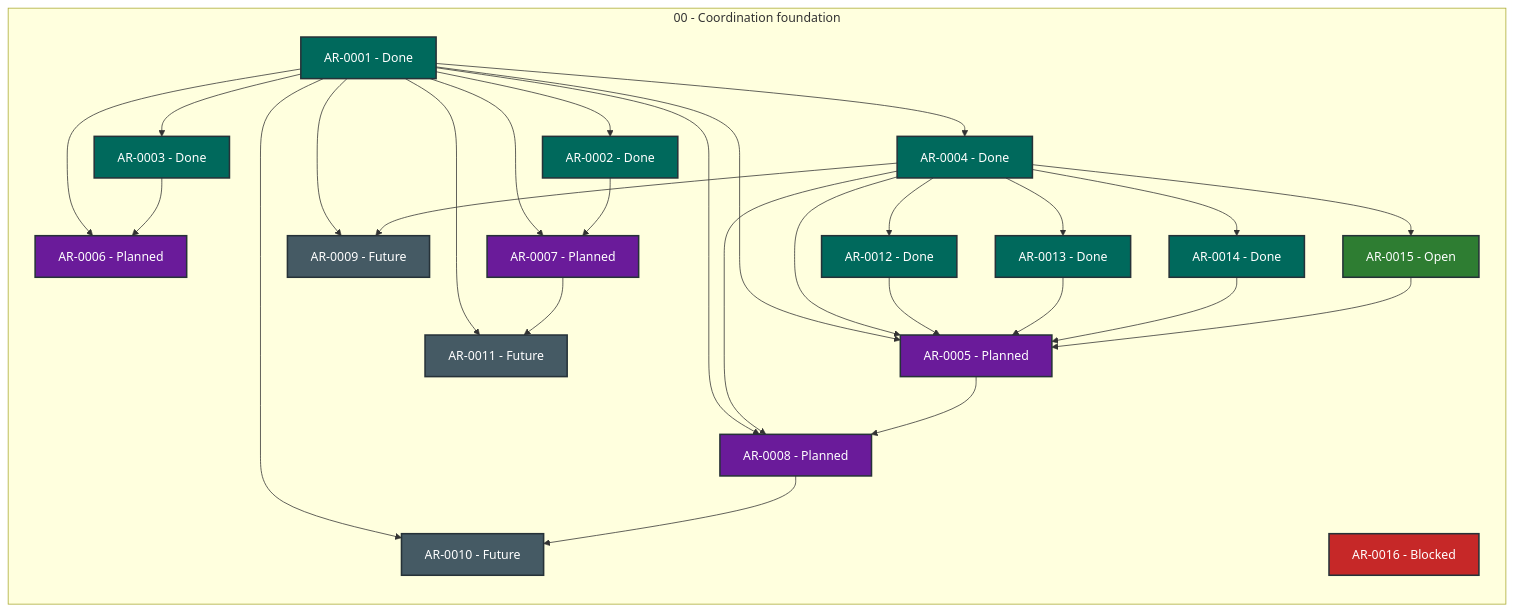
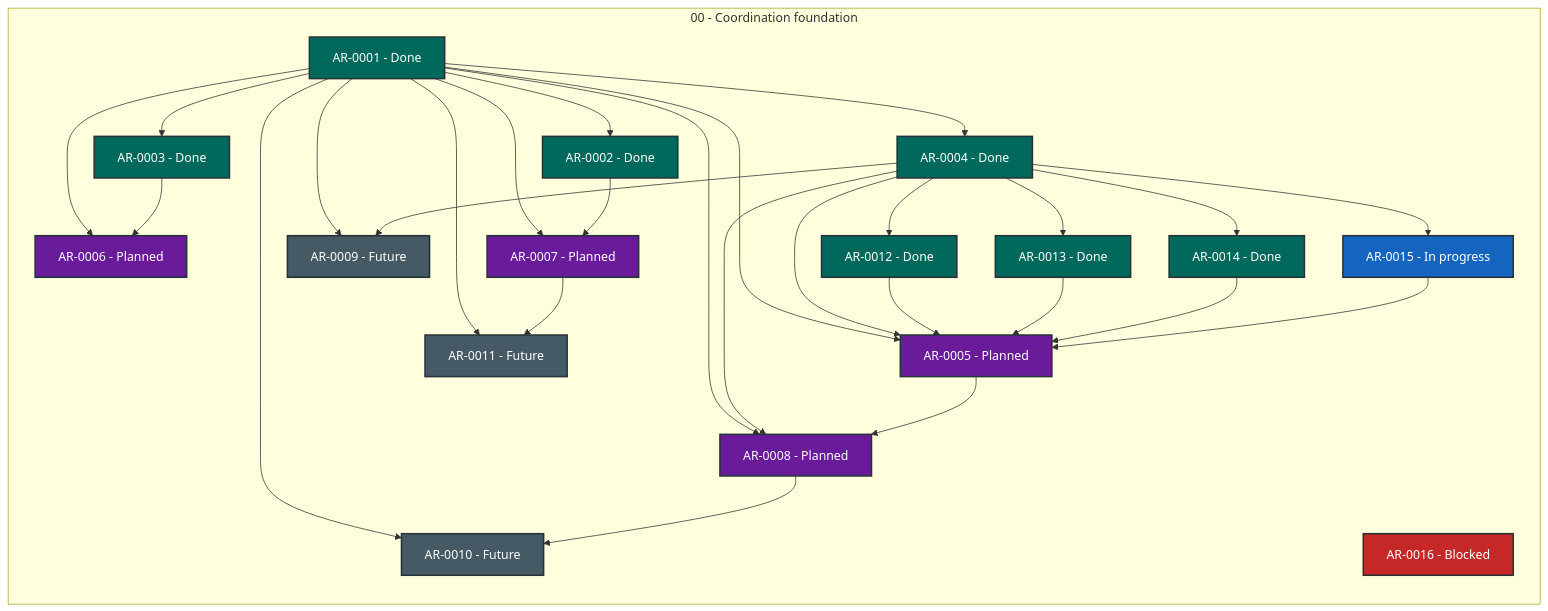
Before and after one commit to martin-beck/agent-workflow-quality-state: the diagram in STATUS.md, drawn with Mermaid. The commit also changed other lines of this file and 2 other files, not shown here.

````diff
--- a/STATUS.md
+++ b/STATUS.md
@@ -27,56 +27,56 @@
 ```mermaid
 flowchart LR
     subgraph series_00["00 - Coordination foundation"]
         direction TB
         AR_0001["AR-0001 - Done"]:::status_done
         AR_0002["AR-0002 - Done"]:::status_done
         AR_0003["AR-0003 - Done"]:::status_done
         AR_0004["AR-0004 - Done"]:::status_done
         AR_0005["AR-0005 - Planned"]:::status_planned
         AR_0006["AR-0006 - Planned"]:::status_planned
         AR_0007["AR-0007 - Planned"]:::status_planned
         AR_0008["AR-0008 - Planned"]:::status_planned
         AR_0009["AR-0009 - Future"]:::status_future
         AR_0010["AR-0010 - Future"]:::status_future
         AR_0011["AR-0011 - Future"]:::status_future
         AR_0012["AR-0012 - Done"]:::status_done
         AR_0013["AR-0013 - Done"]:::status_done
         AR_0014["AR-0014 - Done"]:::status_done
-        AR_0015["AR-0015 - Open"]:::status_open
+        AR_0015["AR-0015 - In progress"]:::status_in_progress
         AR_0016["AR-0016 - Blocked"]:::status_blocked
     end
     AR_0001 --> AR_0002
     AR_0001 --> AR_0003
     AR_0001 --> AR_0004
     AR_0001 --> AR_0005
     AR_0001 --> AR_0006
     AR_0001 --> AR_0007
     AR_0001 --> AR_0008
     AR_0001 --> AR_0009
     AR_0001 --> AR_0010
     AR_0001 --> AR_0011
     AR_0002 --> AR_0007
     AR_0003 --> AR_0006
     AR_0004 --> AR_0005
     AR_0004 --> AR_0008
     AR_0004 --> AR_0009
     AR_0004 --> AR_0012
     AR_0004 --> AR_0013
     AR_0004 --> AR_0014
     AR_0004 --> AR_0015
     AR_0005 --> AR_0008
     AR_0007 --> AR_0011
     AR_0008 --> AR_0010
     AR_0012 --> AR_0005
     AR_0013 --> AR_0005
     AR_0014 --> AR_0005
     AR_0015 --> AR_0005
     classDef status_in_progress fill:#1565c0,color:#ffffff,stroke:#263238,stroke-width:2px
     classDef status_open fill:#2e7d32,color:#ffffff,stroke:#263238,stroke-width:2px
     classDef status_blocked fill:#c62828,color:#ffffff,stroke:#263238,stroke-width:2px
     classDef status_planned fill:#6a1b9a,color:#ffffff,stroke:#263238,stroke-width:2px
     classDef status_future fill:#455a64,color:#ffffff,stroke:#263238,stroke-width:2px
     classDef status_done fill:#00695c,color:#ffffff,stroke:#263238,stroke-width:2px
     classDef status_cancelled fill:#616161,color:#ffffff,stroke:#263238,stroke-width:2px
     classDef status_superseded fill:#5d4037,color:#ffffff,stroke:#263238,stroke-width:2px
 ```
````
